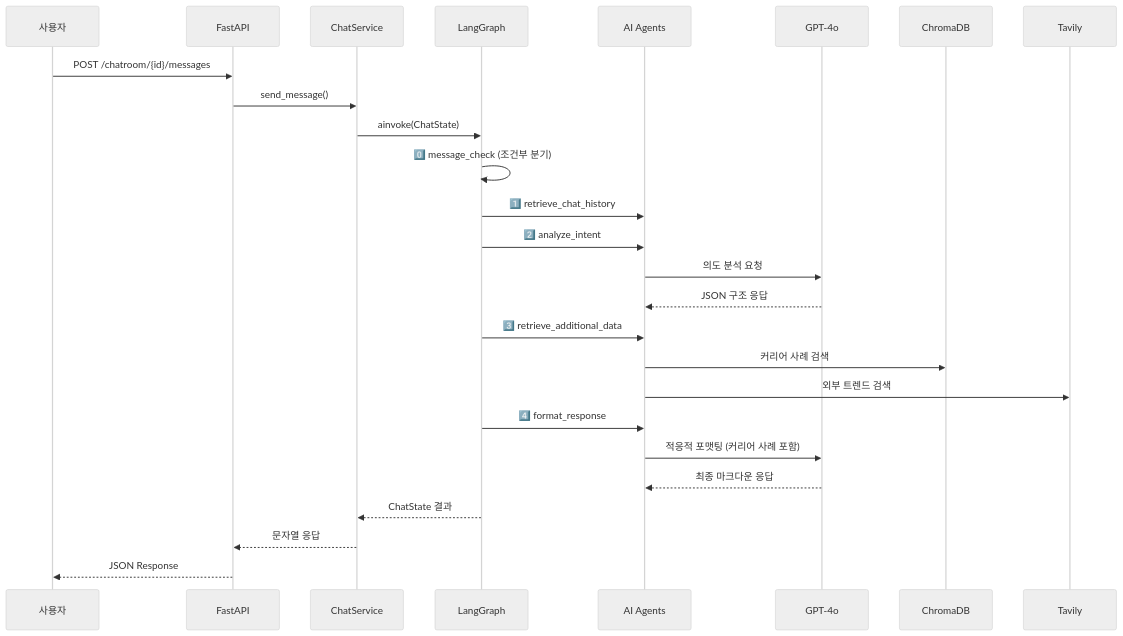
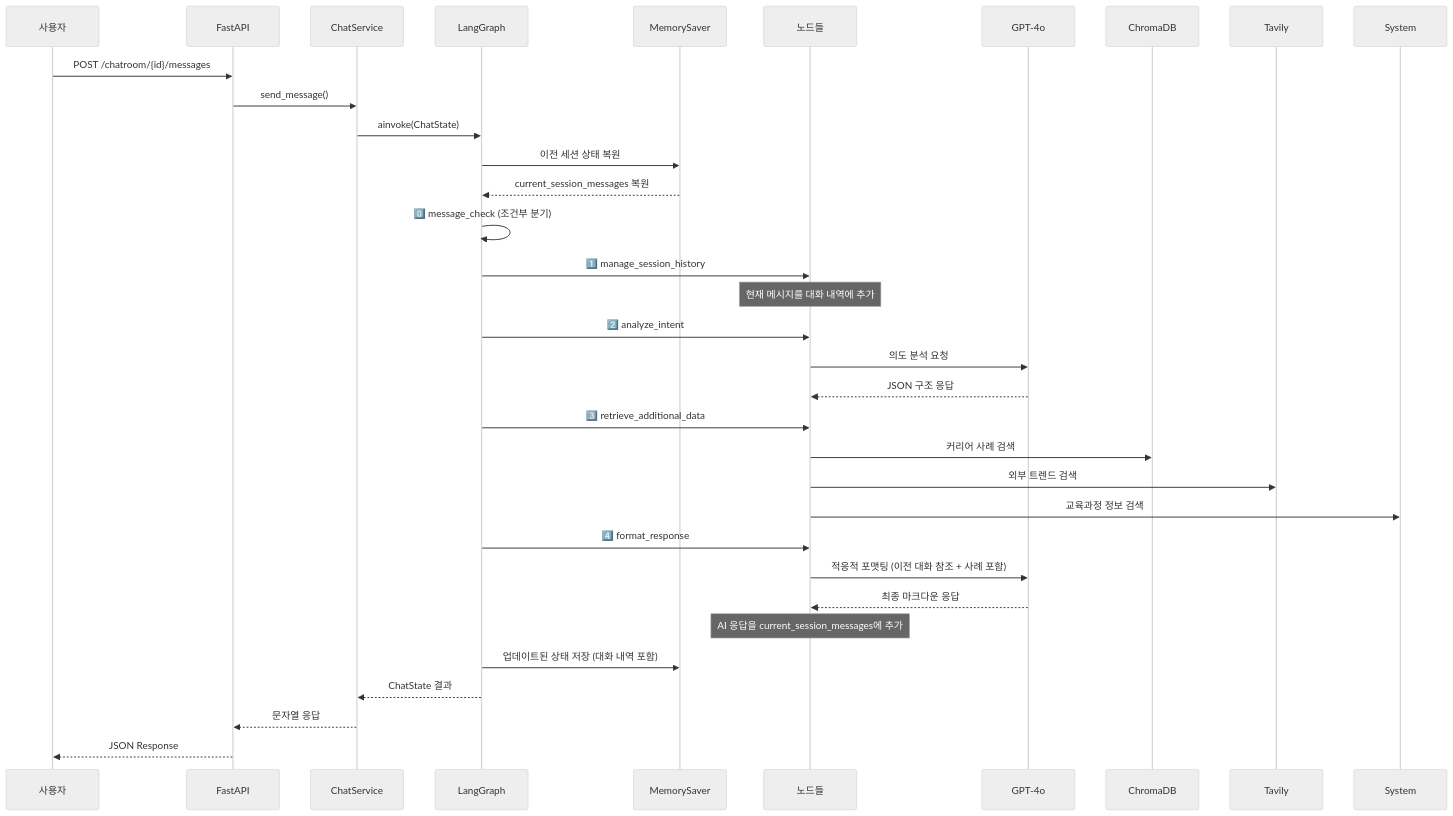
One commit to SK4toB/g-navi-ai-api changed the third of 3 diagrams in README.md. Above: the diagram before and after it, drawn with Mermaid (neutral theme). The commit also changed other lines of this file, not shown here.

````diff
--- a/README.md
+++ b/README.md
@@ -170,32 +187,41 @@
 ```mermaid
 sequenceDiagram
     participant User as 사용자
     participant API as FastAPI
     participant Service as ChatService
     participant Graph as LangGraph
-    participant Agents as AI Agents
+    participant MemorySaver as MemorySaver
+    participant Nodes as 노드들
     participant LLM as GPT-4o
     
     User->>API: POST /chatroom/{id}/messages
     API->>Service: send_message()
     Service->>Graph: ainvoke(ChatState)
     
+    Graph->>MemorySaver: 이전 세션 상태 복원
+    MemorySaver-->>Graph: current_session_messages 복원
+    
     Graph->>Graph: 0️⃣ message_check (조건부 분기)
     
-    Graph->>Agents: 1️⃣ retrieve_chat_history
-    Graph->>Agents: 2️⃣ analyze_intent
-    Agents->>LLM: 의도 분석 요청
-    LLM-->>Agents: JSON 구조 응답
+    Graph->>Nodes: 1️⃣ manage_session_history
+    Note over Nodes: 현재 메시지를 대화 내역에 추가
     
-    Graph->>Agents: 3️⃣ retrieve_additional_data
-    Agents->>ChromaDB: 커리어 사례 검색
-    Agents->>Tavily: 외부 트렌드 검색
+    Graph->>Nodes: 2️⃣ analyze_intent
+    Nodes->>LLM: 의도 분석 요청
+    LLM-->>Nodes: JSON 구조 응답
     
-    Graph->>Agents: 4️⃣ format_response
-    Agents->>LLM: 적응적 포맷팅 (커리어 사례 포함)
-    LLM-->>Agents: 최종 마크다운 응답
+    Graph->>Nodes: 3️⃣ retrieve_additional_data
+    Nodes->>ChromaDB: 커리어 사례 검색
+    Nodes->>Tavily: 외부 트렌드 검색
+    Nodes->>System: 교육과정 정보 검색
     
+    Graph->>Nodes: 4️⃣ format_response
+    Nodes->>LLM: 적응적 포맷팅 (이전 대화 참조 + 사례 포함)
+    LLM-->>Nodes: 최종 마크다운 응답
+    Note over Nodes: AI 응답을 current_session_messages에 추가
+    
+    Graph->>MemorySaver: 업데이트된 상태 저장 (대화 내역 포함)
     Graph-->>Service: ChatState 결과
     Service-->>API: 문자열 응답
     API-->>User: JSON Response
 ```
````
